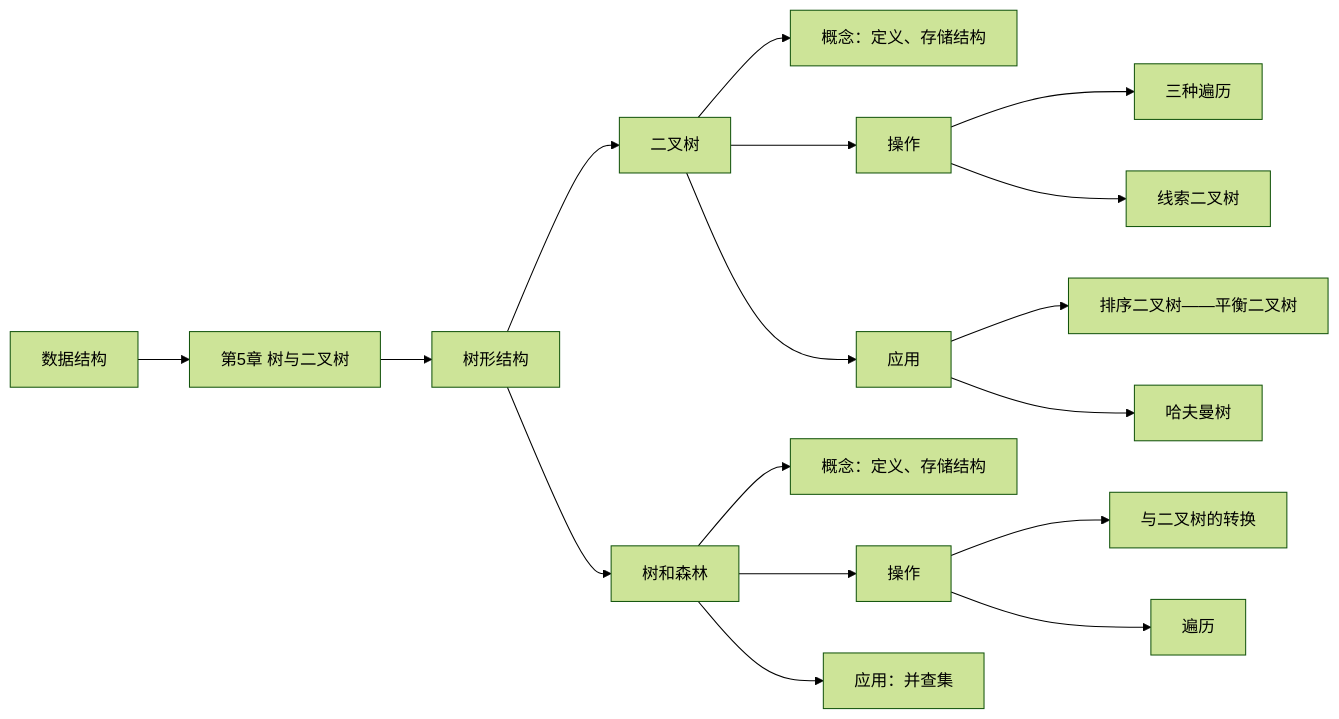
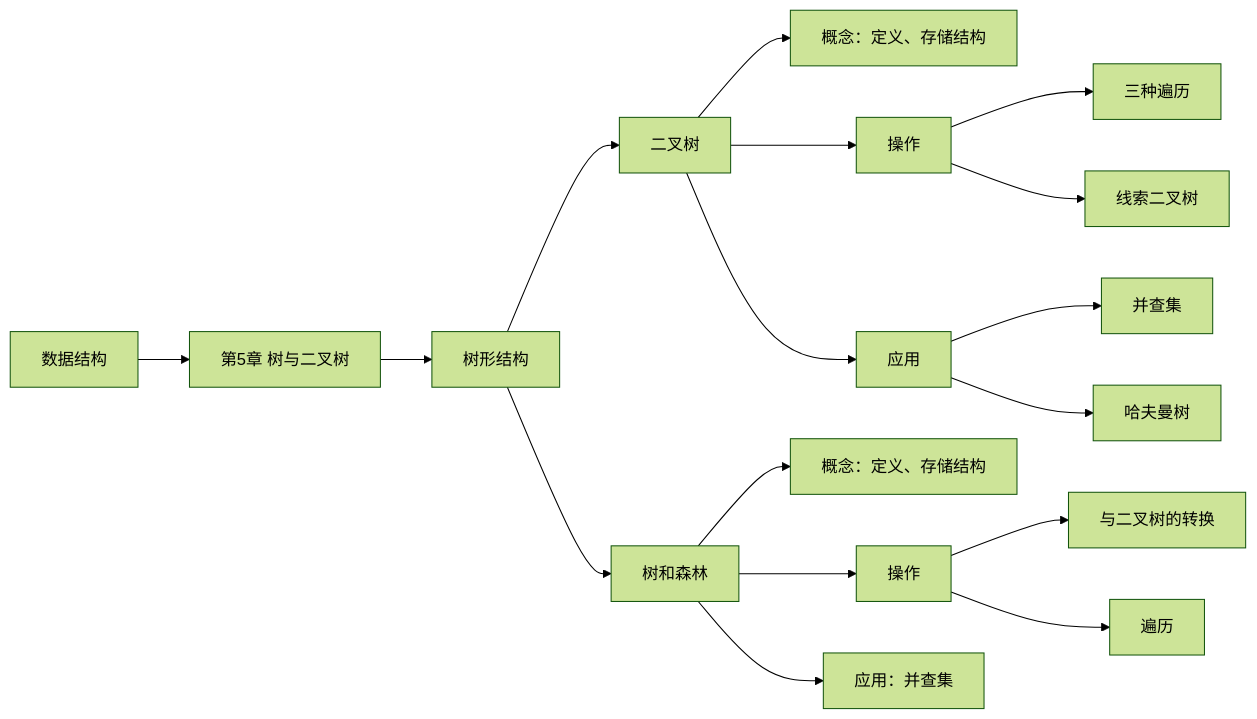
Before and after one commit to LBJhui/LBJhui-blog: the diagram in docs/website/exam/408/datastructure/第 5 章 树与二叉树.md, drawn with Mermaid (forest theme). The commit also changed 3 other files, not shown here.

````diff
--- a/docs/website/exam/408/datastructure/第 5 章 树与二叉树.md
+++ b/docs/website/exam/408/datastructure/第 5 章 树与二叉树.md
@@ -3,19 +3,19 @@
 ```mermaid
 graph LR
 数据结构 --> E[第5章 树与二叉树]
 E --> EA[树形结构]
 EA --> EAA[二叉树]
 EAA --> EAAA["概念：定义、存储结构"]
 EAA --> EAAB[操作]
 EAAB --> EAABA[三种遍历]
 EAAB --> EAABB[线索二叉树]
 EAA --> EAAC[应用]
-EAAC --> EAACA["排序二叉树——平衡二叉树"]
+EAAC --> EAACA["并查集"]
 EAAC --> EAACB[哈夫曼树]
 EA --> EAB[树和森林]
 EAB --> EABA["概念：定义、存储结构"]
 EAB --> EABB[操作]
 EABB --> EABBA[与二叉树的转换]
 EABB --> EABBB[遍历]
 EAB --> EABC["应用：并查集"]
 ```
````
